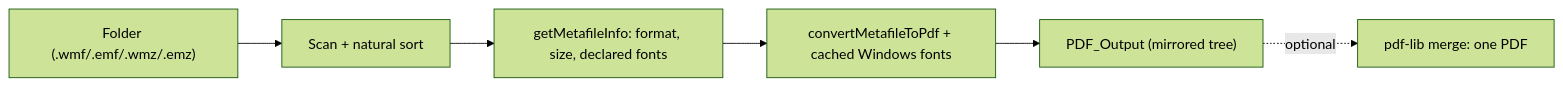
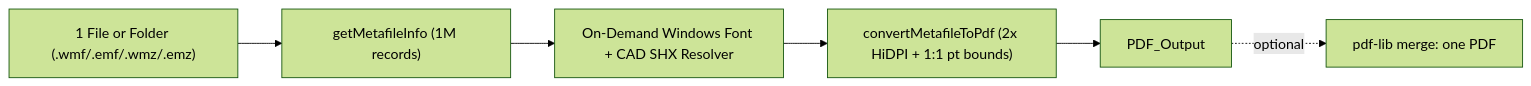
The diagram in README.md (Asikraam/BJ-Core), drawn with Mermaid (forest theme) before and after one commit. The commit also changed other lines of this file and 16 other files, not shown here.

Commit message:
BJ PDF v1.1.0: single-file picker, 5x lower RAM (~126 MB), 2x HiDPI vector quality & natural Sunda guide

````diff
--- a/README.md
+++ b/README.md
@@ -69,8 +57,8 @@
 ```mermaid
 flowchart LR
-  A["Folder (.wmf/.emf/.wmz/.emz)"] --> B["Scan + natural sort"]
-  B --> C["getMetafileInfo: format, size, declared fonts"]
-  C --> D["convertMetafileToPdf + cached Windows fonts"]
-  D --> E["PDF_Output (mirrored tree)"]
+  A["1 File or Folder (.wmf/.emf/.wmz/.emz)"] --> B["getMetafileInfo (1M records)"]
+  B --> C["On-Demand Windows Font + CAD SHX Resolver"]
+  C --> D["convertMetafileToPdf (2x HiDPI + 1:1 pt bounds)"]
+  D --> E["PDF_Output"]
   E -. optional .-> F["pdf-lib merge: one PDF"]
 ```
````
